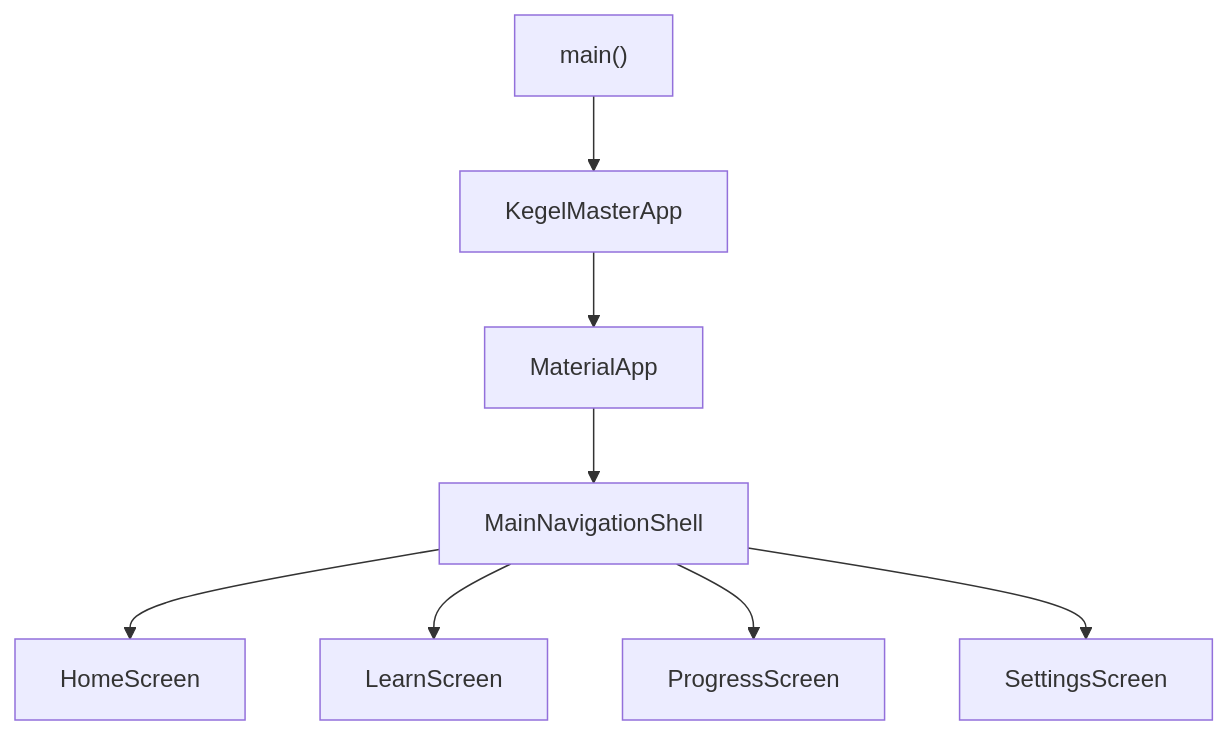
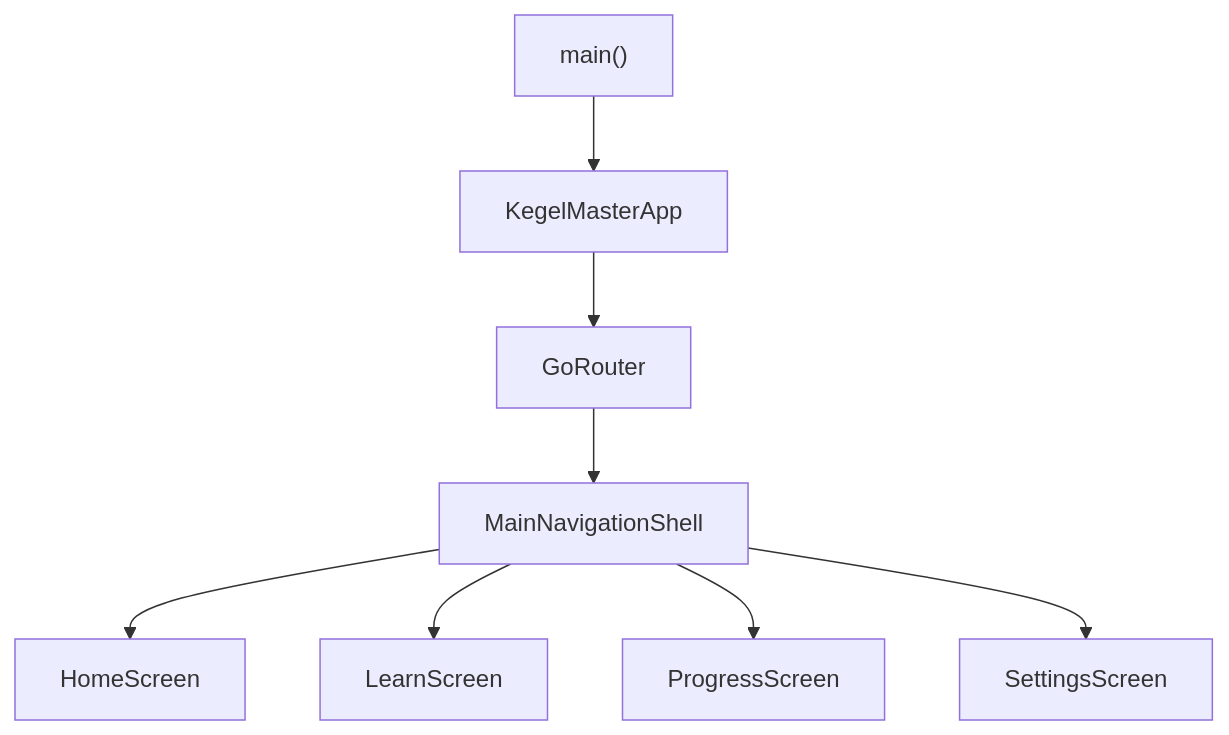
The diagram in docs/ARCHITECTURE.md (tejamaripuri/kegel_master), drawn with Mermaid before and after one commit. The commit also changed other lines of this file, not shown here.

First line of the commit message:
docs: align ARCHITECTURE with GoRouter shell navigation

````diff
--- a/docs/ARCHITECTURE.md
+++ b/docs/ARCHITECTURE.md
@@ -46,19 +51,19 @@
 ```mermaid
 flowchart TD
   mainNode["main()"]
   appNode["KegelMasterApp"]
-  materialNode["MaterialApp"]
+  routerNode["GoRouter"]
   shellNode["MainNavigationShell"]
   homeNode["HomeScreen"]
   learnNode["LearnScreen"]
   progressNode["ProgressScreen"]
   settingsNode["SettingsScreen"]
 
   mainNode --> appNode
-  appNode --> materialNode
-  materialNode --> shellNode
+  appNode --> routerNode
+  routerNode --> shellNode
   shellNode --> homeNode
   shellNode --> learnNode
   shellNode --> progressNode
   shellNode --> settingsNode
 ```
````
